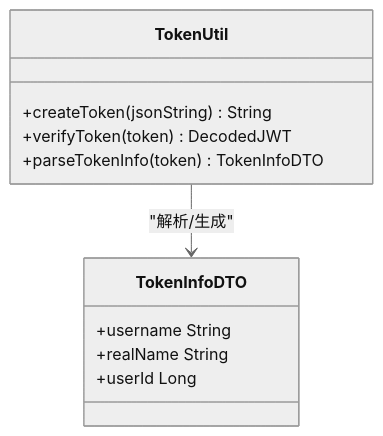
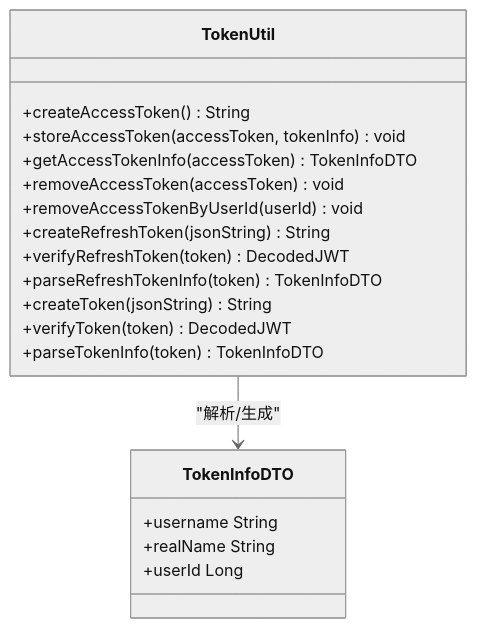
One commit to liftp/chat_simple changed the fifth of 7 diagrams in .qoder/repowiki/zh/content/WebSocket实时通信/权限验证与安全.md. Above: the diagram before and after it, drawn with Mermaid (neutral theme). The commit also changed other lines of this file and 6 other files, not shown here.

````diff
--- a/.qoder/repowiki/zh/content/WebSocket实时通信/权限验证与安全.md
+++ b/.qoder/repowiki/zh/content/WebSocket实时通信/权限验证与安全.md
@@ -243,14 +275,22 @@
 ```mermaid
 classDiagram
 class TokenUtil {
++createAccessToken() String
++storeAccessToken(accessToken, tokenInfo) void
++getAccessTokenInfo(accessToken) TokenInfoDTO
++removeAccessToken(accessToken) void
++removeAccessTokenByUserId(userId) void
++createRefreshToken(jsonString) String
++verifyRefreshToken(token) DecodedJWT
++parseRefreshTokenInfo(token) TokenInfoDTO
 +createToken(jsonString) String
 +verifyToken(token) DecodedJWT
 +parseTokenInfo(token) TokenInfoDTO
 }
 class TokenInfoDTO {
 +username String
 +realName String
 +userId Long
 }
 TokenUtil --> TokenInfoDTO : "解析/生成"
 ```
````
